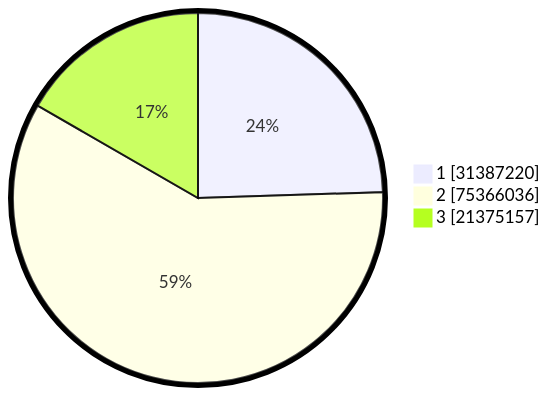
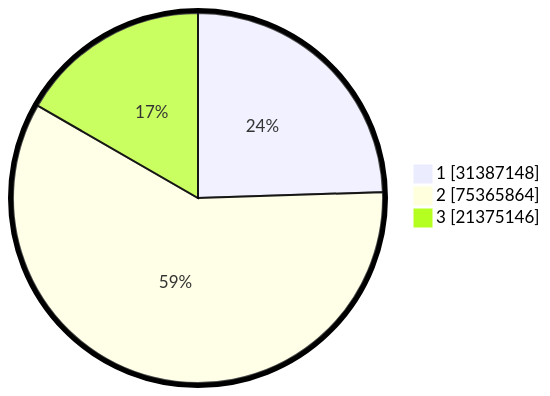
One commit to gigit-pemilu/pemilu-2024 changed the second of 2 diagrams in pilpres/hitung-suara/README.md. Above: the diagram before and after it, drawn with Mermaid. The commit also changed other lines of this file and 4 other files, not shown here.

````diff
--- a/pilpres/hitung-suara/README.md
+++ b/pilpres/hitung-suara/README.md
@@ -93,7 +93,7 @@
 ```mermaid
 %%{init: {"pie": {"textPosition": 0.5}, "themeVariables": {"pieOuterStrokeWidth": "5px"}} }%%
 pie showData
-    "1" : 31387220
-    "2" : 75366036
-    "3" : 21375157
+    "1" : 31387148
+    "2" : 75365864
+    "3" : 21375146
 ```
````
